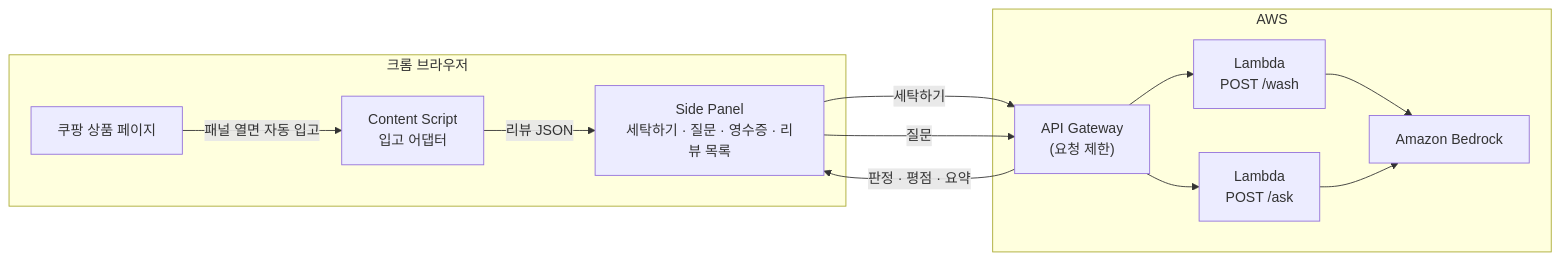
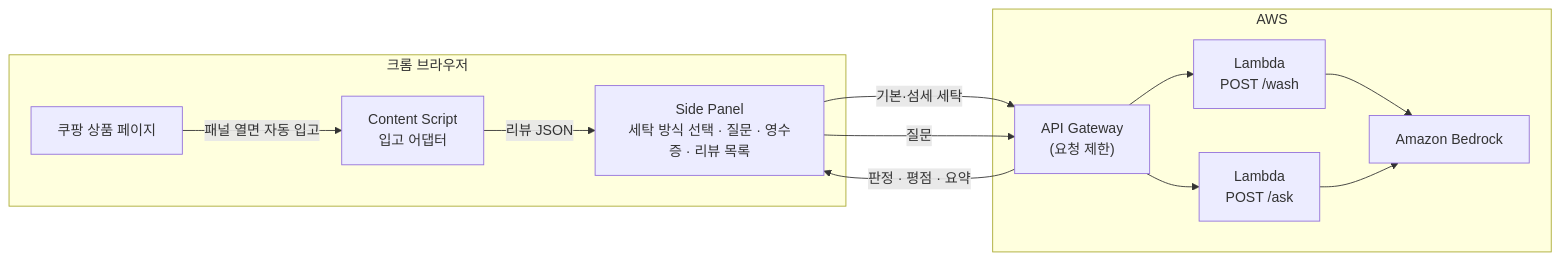
Before and after one commit to beblack127/GyuTam: the diagram in README.md, drawn with Mermaid. The commit also changed other lines of this file and 5 other files, not shown here.

````diff
--- a/README.md
+++ b/README.md
@@ -114,21 +116,21 @@
 ```mermaid
 flowchart LR
   subgraph Browser["크롬 브라우저"]
     P["쿠팡 상품 페이지"]
     CS["Content Script<br/>입고 어댑터"]
-    SP["Side Panel<br/>세탁하기 · 질문 · 영수증 · 리뷰 목록"]
+    SP["Side Panel<br/>세탁 방식 선택 · 질문 · 영수증 · 리뷰 목록"]
   end
   subgraph AWS["AWS"]
     GW["API Gateway<br/>(요청 제한)"]
     W["Lambda<br/>POST /wash"]
     A["Lambda<br/>POST /ask"]
     BR["Amazon Bedrock"]
   end
   P -->|패널 열면 자동 입고| CS
   CS -->|리뷰 JSON| SP
-  SP -->|세탁하기| GW
+  SP -->|기본·섬세 세탁| GW
   SP -->|질문| GW
   GW --> W --> BR
   GW --> A --> BR
   GW -->|판정 · 평점 · 요약| SP
 ```
````
